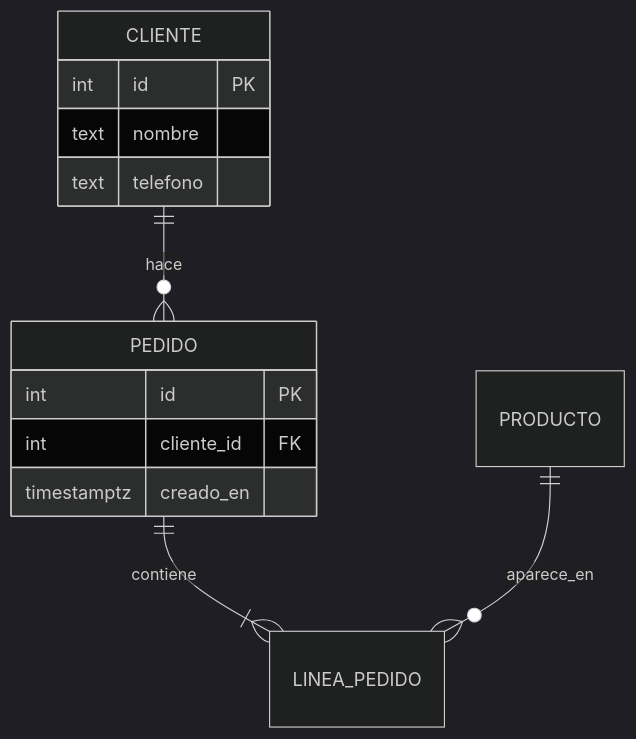
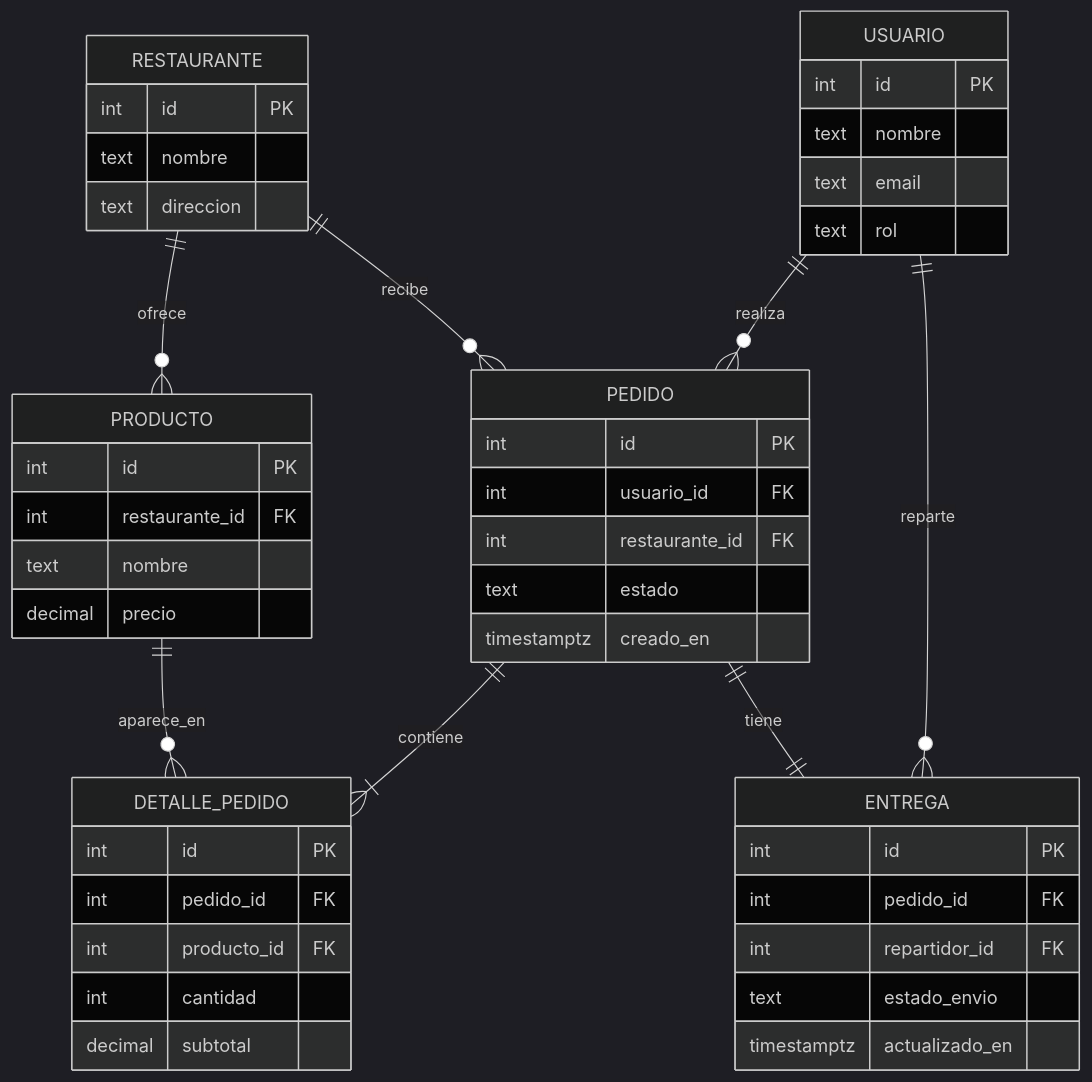
The diagram in docs/PRD.md (Yetceangely/Pedidos-de-comida-a-domicilio), drawn with Mermaid (dark theme) before and after one commit. The commit also changed other lines of this file, not shown here.

Commit message:
Refactor PRD.md for improved formatting and clarity
Updated functionality and requirement tables for clarity and consistency in naming conventions.

````diff
--- a/docs/PRD.md
+++ b/docs/PRD.md
@@ -70,16 +74,49 @@
 ```mermaid
 erDiagram
-  CLIENTE ||--o{ PEDIDO : hace
-  PEDIDO ||--|{ LINEA_PEDIDO : contiene
-  PRODUCTO ||--o{ LINEA_PEDIDO : aparece_en
-  CLIENTE {
-    int id PK
-    text nombre
-    text telefono
-  }
-  PEDIDO {
-    int id PK
-    int cliente_id FK
-    timestamptz creado_en
-  }
+    USUARIO ||--o{ PEDIDO : realiza
+    RESTAURANTE ||--o{ PRODUCTO : ofrece
+    RESTAURANTE ||--o{ PEDIDO : recibe
+    PEDIDO ||--|{ DETALLE_PEDIDO : contiene
+    PRODUCTO ||--o{ DETALLE_PEDIDO : aparece_en
+    USUARIO ||--o{ ENTREGA : reparte
+    PEDIDO ||--|| ENTREGA : tiene
+
+    USUARIO {
+        int id PK
+        text nombre
+        text email
+        text rol
+    }
+    RESTAURANTE {
+        int id PK
+        text nombre
+        text direccion
+    }
+    PRODUCTO {
+        int id PK
+        int restaurante_id FK
+        text nombre
+        decimal precio
+    }
+    PEDIDO {
+        int id PK
+        int usuario_id FK
+        int restaurante_id FK
+        text estado
+        timestamptz creado_en
+    }
+    DETALLE_PEDIDO {
+        int id PK
+        int pedido_id FK
+        int producto_id FK
+        int cantidad
+        decimal subtotal
+    }
+    ENTREGA {
+        int id PK
+        int pedido_id FK
+        int repartidor_id FK
+        text estado_envio
+        timestamptz actualizado_en
+    }
 ```
````
